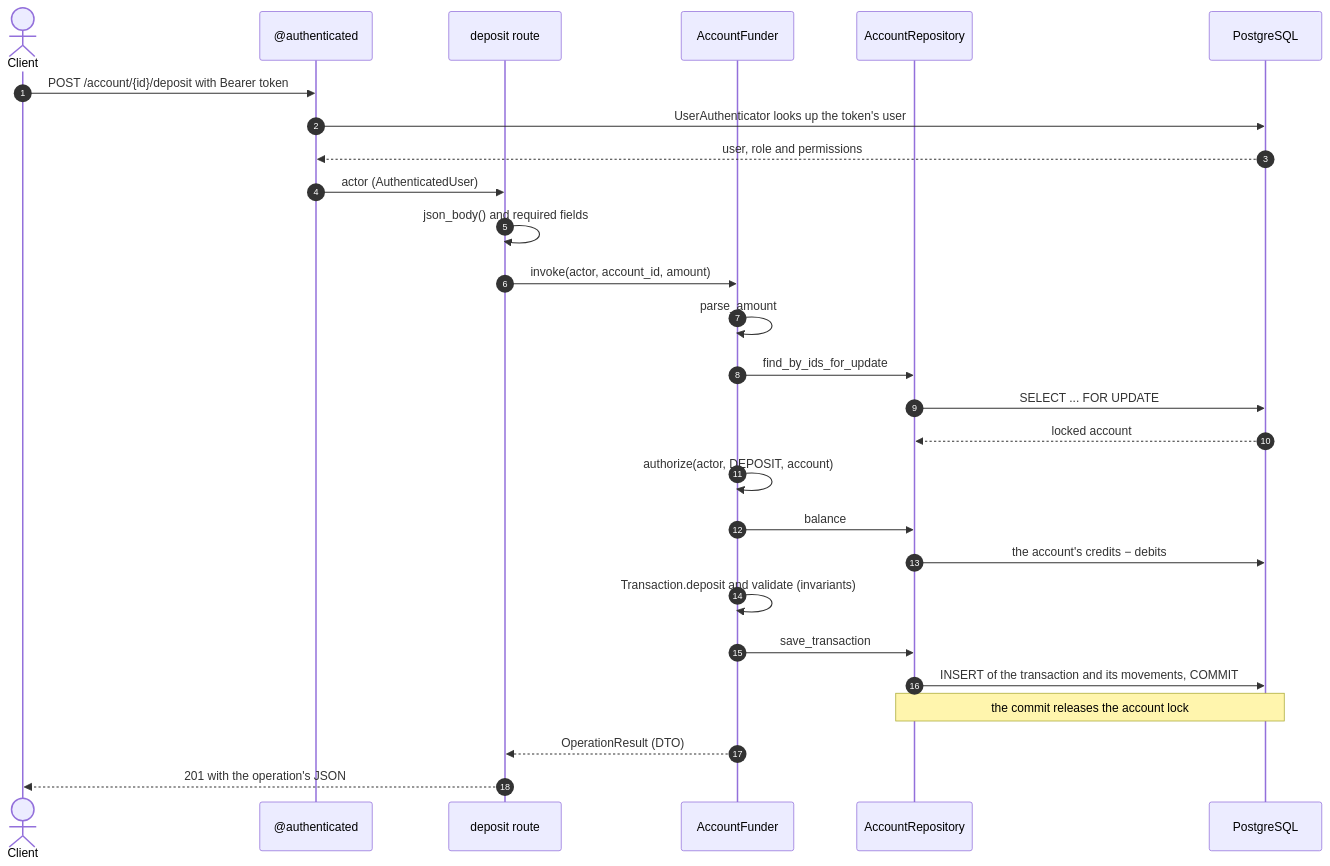
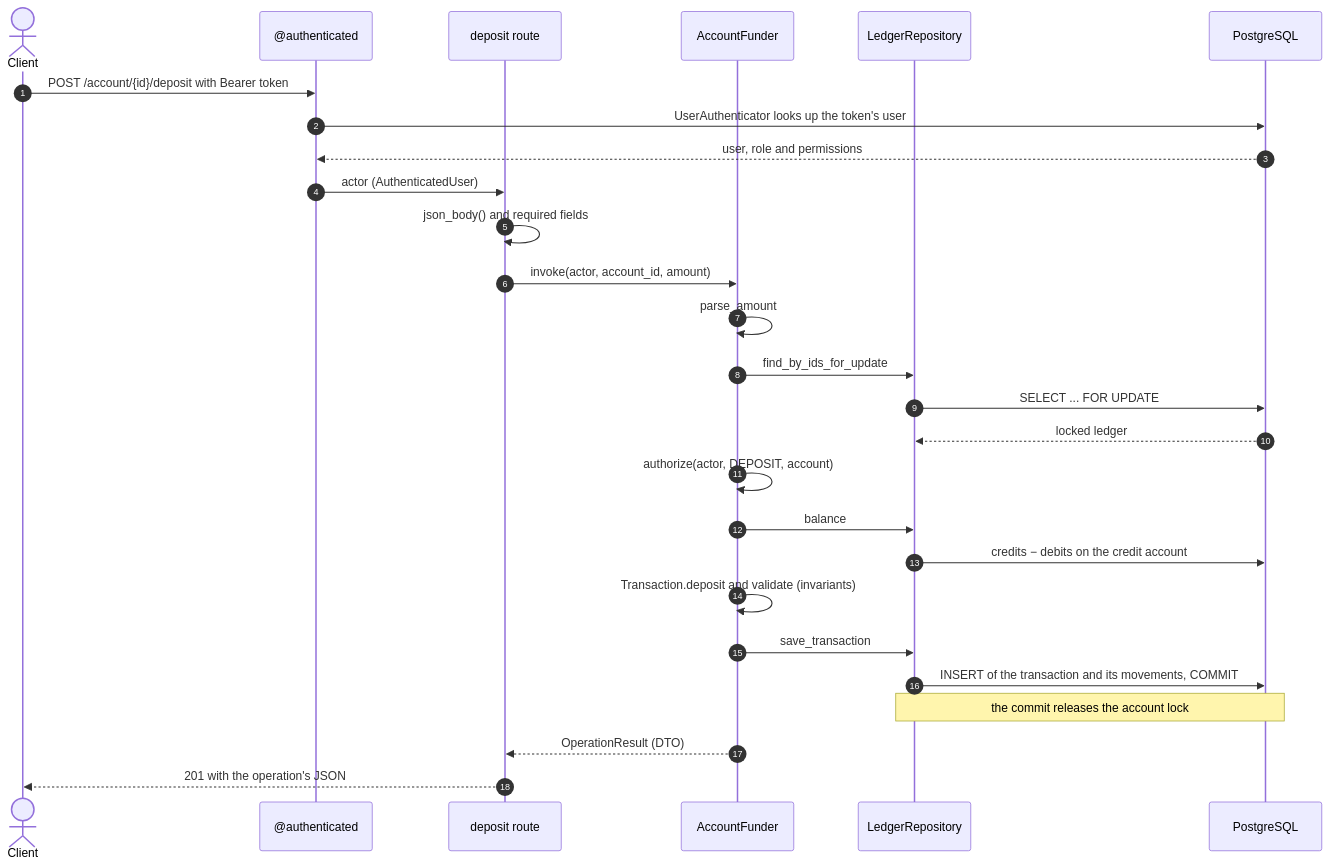
The third of 3 diagrams in README.md (bernardo-colorado-dubois/banking-core), drawn with Mermaid before and after one commit. The commit also changed other lines of this file and 6 other files, not shown here.

````diff
--- a/README.md
+++ b/README.md
@@ -187,30 +187,30 @@
 ```mermaid
 sequenceDiagram
   autonumber
   actor Client
   participant Auth as @authenticated
   participant Route as deposit route
   participant Service as AccountFunder
-  participant Repo as AccountRepository
+  participant Repo as LedgerRepository
   participant DB as PostgreSQL
 
   Client->>Auth: POST /account/{id}/deposit with Bearer token
   Auth->>DB: UserAuthenticator looks up the token's user
   DB-->>Auth: user, role and permissions
   Auth->>Route: actor (AuthenticatedUser)
   Route->>Route: json_body() and required fields
   Route->>Service: invoke(actor, account_id, amount)
   Service->>Service: parse_amount
   Service->>Repo: find_by_ids_for_update
   Repo->>DB: SELECT ... FOR UPDATE
-  DB-->>Repo: locked account
+  DB-->>Repo: locked ledger
   Service->>Service: authorize(actor, DEPOSIT, account)
   Service->>Repo: balance
-  Repo->>DB: the account's credits − debits
+  Repo->>DB: credits − debits on the credit account
   Service->>Service: Transaction.deposit and validate (invariants)
   Service->>Repo: save_transaction
   Repo->>DB: INSERT of the transaction and its movements, COMMIT
   Note over Repo,DB: the commit releases the account lock
   Service-->>Route: OperationResult (DTO)
   Route-->>Client: 201 with the operation's JSON
 ```
````
